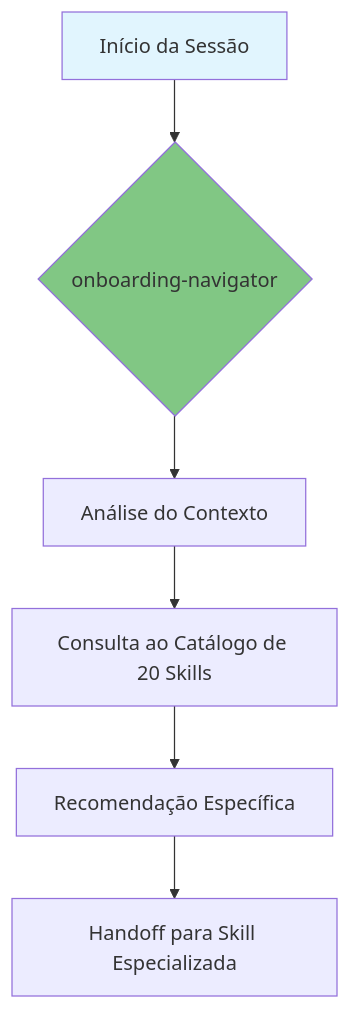
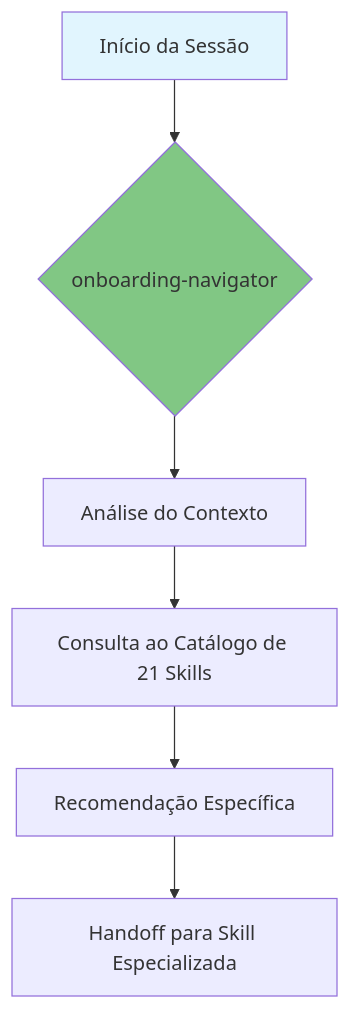
The diagram in onboarding-navigator/SKILL.md (KlebersonCollab/skills), drawn with Mermaid before and after one commit. The commit also changed other lines of this file and 23 other files, not shown here.

````diff
--- a/onboarding-navigator/SKILL.md
+++ b/onboarding-navigator/SKILL.md
@@ -57,12 +57,12 @@
 ```mermaid
 flowchart TD
     Start[Início da Sessão] --> Onboarding{onboarding-navigator}
     
     Onboarding --> Analise[Análise do Contexto]
-    Analise --> Catálogo[Consulta ao Catálogo de 20 Skills]
+    Analise --> Catálogo[Consulta ao Catálogo de 21 Skills]
     Catálogo --> Recomendação[Recomendação Específica]
     Recomendação --> Handoff[Handoff para Skill Especializada]
     
     style Start fill:#e1f5fe
     style Onboarding fill:#81c784
 ```
````
